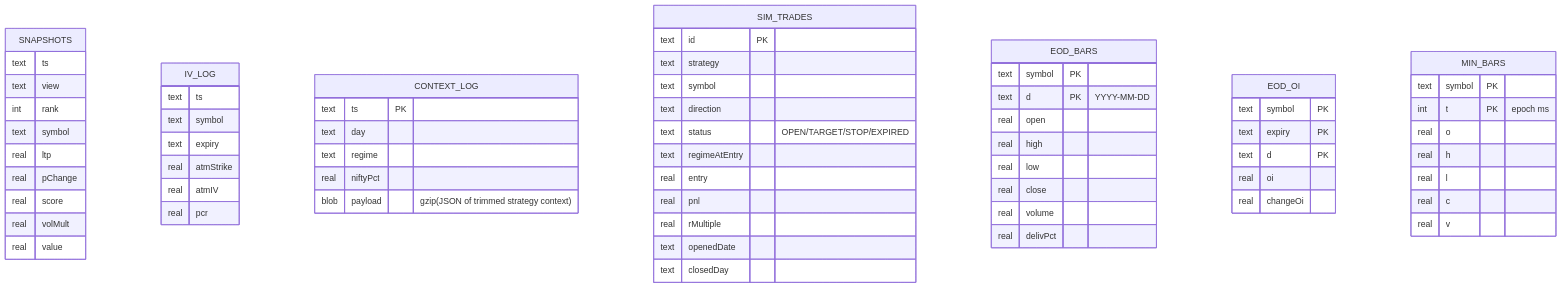
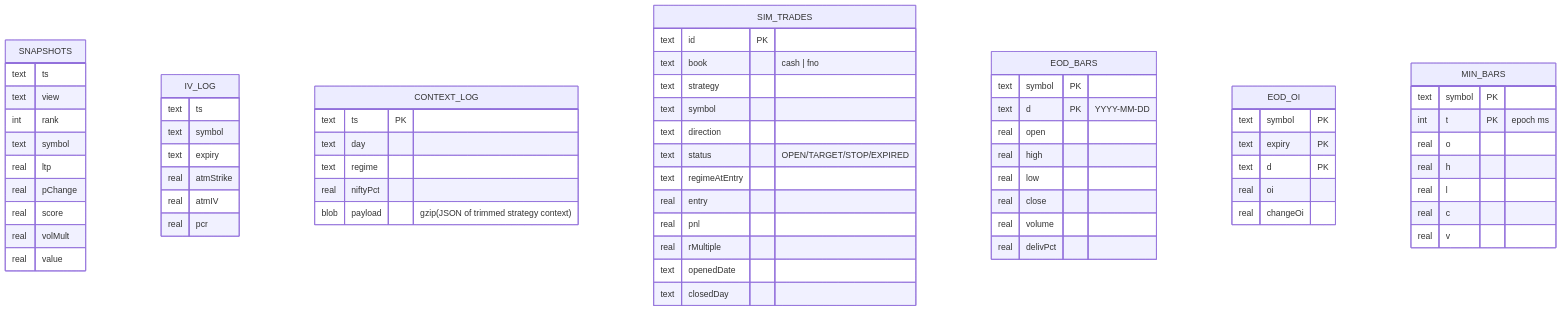
Before and after one commit to aakash-jain-1/nse-market-pulse: the sixth of 7 diagrams in README.md, drawn with Mermaid. The commit also changed other lines of this file and 6 other files, not shown here.

````diff
--- a/README.md
+++ b/README.md
@@ -376,68 +377,69 @@
 ```mermaid
 erDiagram
     SNAPSHOTS {
         text ts
         text view
         int rank
         text symbol
         real ltp
         real pChange
         real score
         real volMult
         real value
     }
     IV_LOG {
         text ts
         text symbol
         text expiry
         real atmStrike
         real atmIV
         real pcr
     }
     CONTEXT_LOG {
         text ts PK
         text day
         text regime
         real niftyPct
         blob payload "gzip(JSON of trimmed strategy context)"
     }
     SIM_TRADES {
         text id PK
+        text book "cash | fno"
         text strategy
         text symbol
         text direction
         text status "OPEN/TARGET/STOP/EXPIRED"
         text regimeAtEntry
         real entry
         real pnl
         real rMultiple
         text openedDate
         text closedDay
     }
     EOD_BARS {
         text symbol PK
         text d PK "YYYY-MM-DD"
         real open
         real high
         real low
         real close
         real volume
         real delivPct
     }
     EOD_OI {
         text symbol PK
         text expiry PK
         text d PK
         real oi
         real changeOi
     }
     MIN_BARS {
         text symbol PK
         int t PK "epoch ms"
         real o
         real h
         real l
         real c
         real v
     }
 ```
````
